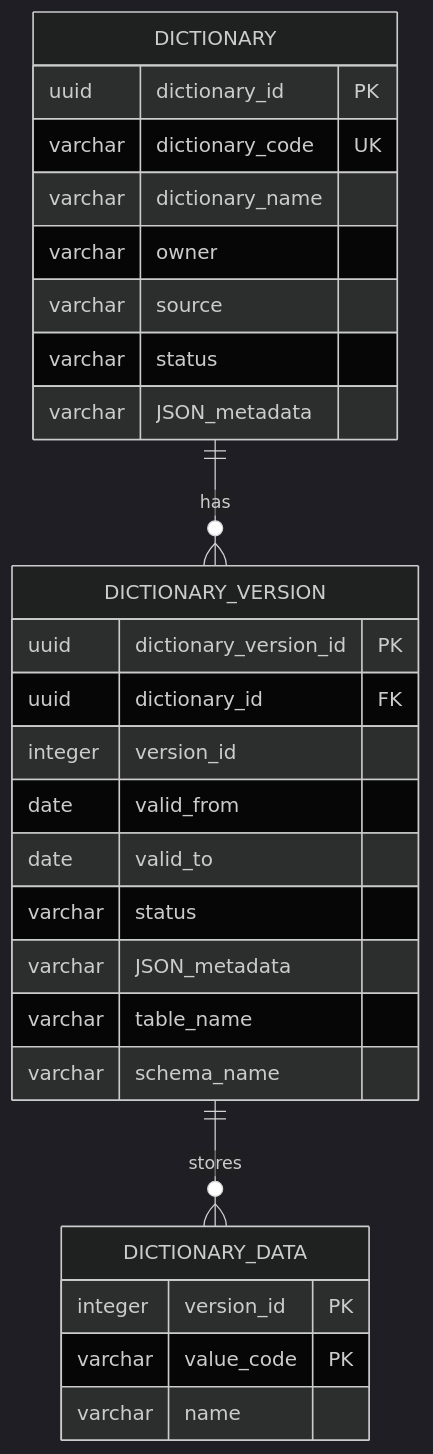
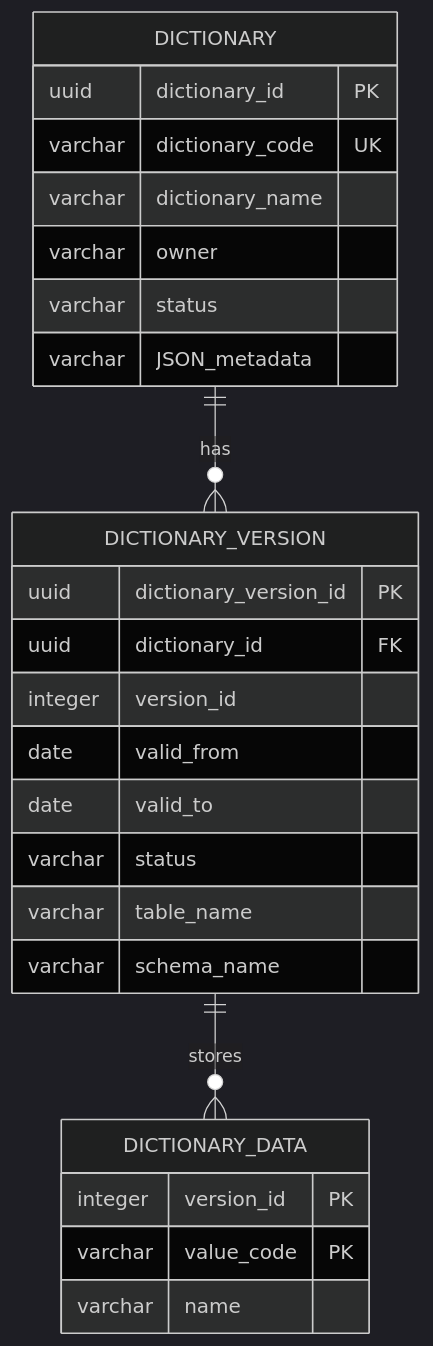
The diagram in docs/1. functional/v3/DB.md (StrannikE95/reference_data), drawn with Mermaid (dark theme) before and after one commit. The commit also changed other lines of this file and 4 other files, not shown here.

````diff
--- a/docs/1. functional/v3/DB.md
+++ b/docs/1. functional/v3/DB.md
@@ -5,33 +5,31 @@
 ```mermaid
 erDiagram
     DICTIONARY ||--o{ DICTIONARY_VERSION : has
     DICTIONARY_VERSION ||--o{ DICTIONARY_DATA : stores
 
     DICTIONARY {
         uuid dictionary_id PK
         varchar dictionary_code UK
         varchar dictionary_name
         varchar owner
-        varchar source
         varchar status
         varchar JSON_metadata
     }
 
     DICTIONARY_VERSION {
         uuid dictionary_version_id PK
         uuid dictionary_id FK
         integer version_id
         date valid_from
         date valid_to
         varchar status
-        varchar JSON_metadata
         varchar table_name
         varchar schema_name
     }
 
     DICTIONARY_DATA {
         integer version_id PK
         varchar value_code PK
         varchar name
     }
 ```
````
